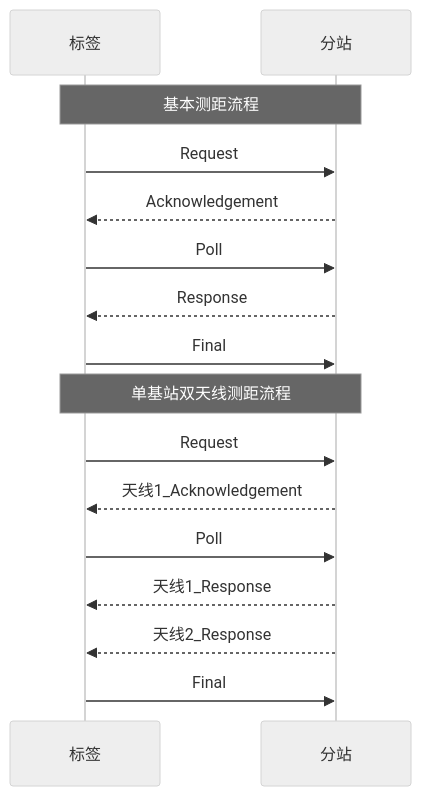
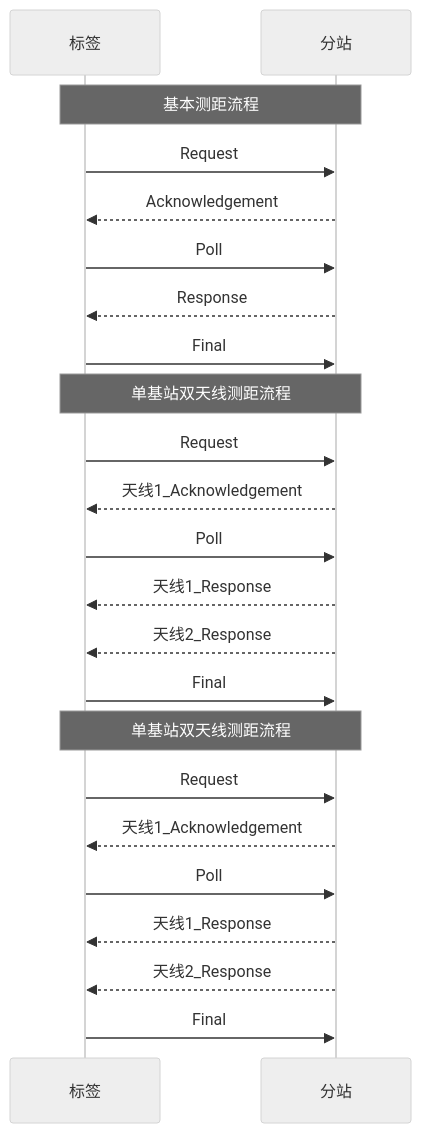
One commit to geek-zhao/iodraw-files changed the diagram in all/未命名.md. Above: the diagram before and after it, drawn with Mermaid (neutral theme).

Commit message:
2024-08-17 14:14:42 update

````diff
--- a/all/未命名.md
+++ b/all/未命名.md
@@ -1,22 +1,28 @@
 ```mermaid
 sequenceDiagram
     participant tag as 标签
     participant anchor as 分站
 
     Note over tag,anchor: 基本测距流程
     tag->>anchor: Request
     anchor-->>tag: Acknowledgement
     tag->>anchor: Poll
     anchor-->>tag: Response
     tag->>anchor: Final       
 
     Note over tag,anchor: 单基站双天线测距流程
     tag->>anchor: Request
     anchor-->>tag: 天线1_Acknowledgement
     tag->>anchor: Poll
     anchor-->>tag: 天线1_Response 
     anchor-->>tag: 天线2_Response
     tag->>anchor: Final   
 
-
+    Note over tag,anchor: 单基站双天线测距流程
+    tag->>anchor: Request
+    anchor-->>tag: 天线1_Acknowledgement
+    tag->>anchor: Poll
+    anchor-->>tag: 天线1_Response 
+    anchor-->>tag: 天线2_Response
+    tag->>anchor: Final   
 ```
````
